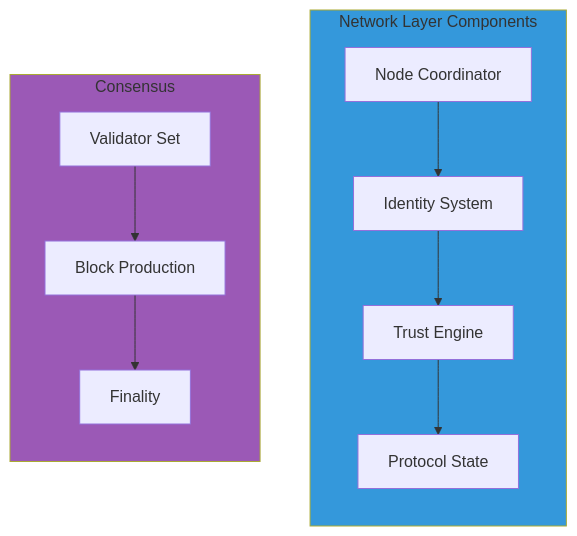
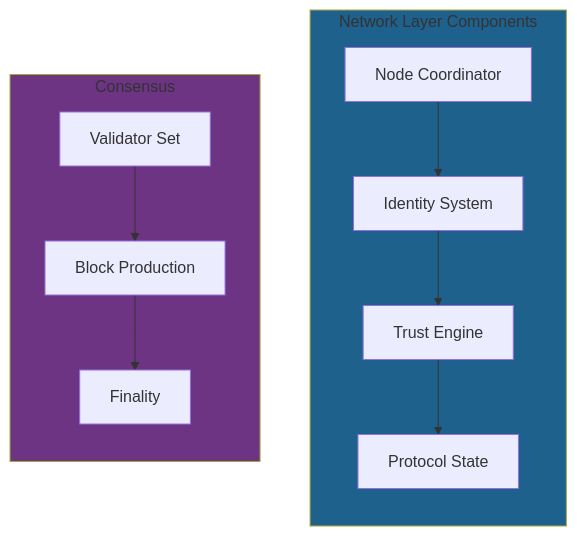
The sixth of 10 diagrams in docs/03-technology/system-architecture.md (CipherOcto/cipherocto), drawn with Mermaid before and after one commit. The commit also changed other lines of this file and 13 other files, not shown here.

First line of the commit message:
Improve Mermaid diagram accessibility: Fix color contrast

````diff
--- a/docs/03-technology/system-architecture.md
+++ b/docs/03-technology/system-architecture.md
@@ -206,26 +206,26 @@
 ```mermaid
 graph TB
     subgraph NETWORK["Network Layer Components"]
         direction TB
         NC[Node Coordinator]
         IS[Identity System]
         TE[Trust Engine]
         PS[Protocol State]
     end
 
     subgraph CONSENSUS["Consensus"]
         direction TB
         C1[Validator Set]
         C2[Block Production]
         C3[Finality]
     end
 
     NC --> IS
     IS --> TE
     TE --> PS
 
     C1 --> C2 --> C3
 
-    style NETWORK fill:#3498db
-    style CONSENSUS fill:#9b59b6
+    style NETWORK fill:#1f618d
+    style CONSENSUS fill:#6c3483
 ```
````
